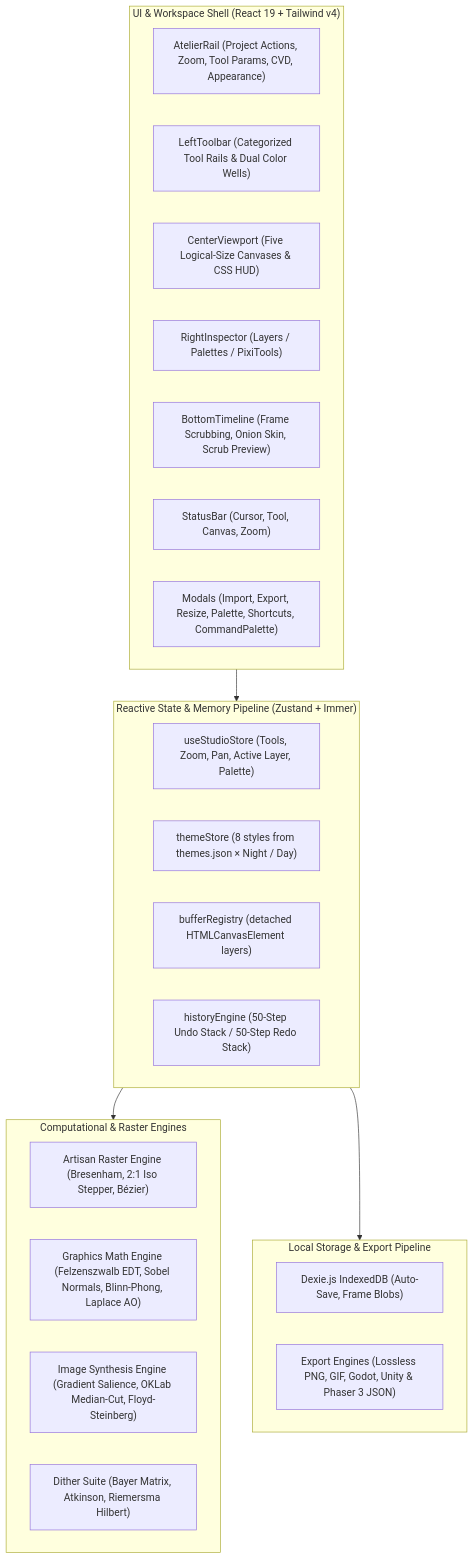
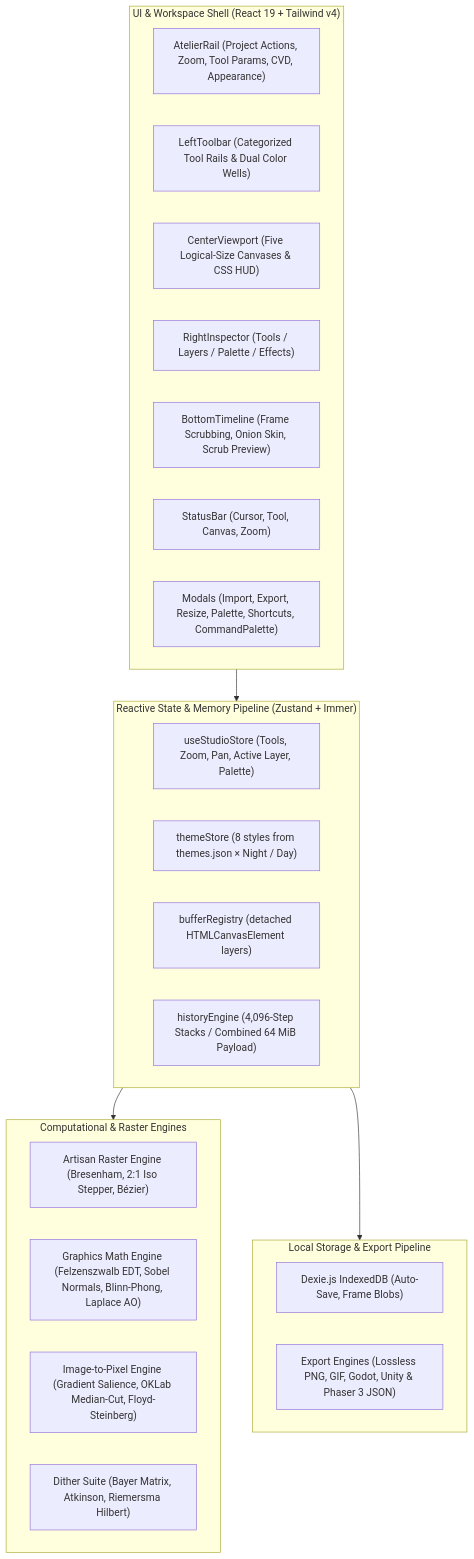
One commit to lxcario/PixiBun changed the first of 6 diagrams in ARCHITECTURE.md. Above: the diagram before and after it, drawn with Mermaid. The commit also changed other lines of this file and 131 other files, not shown here.

````diff
--- a/ARCHITECTURE.md
+++ b/ARCHITECTURE.md
@@ -117,35 +133,35 @@
 ```mermaid
 graph TD
     subgraph UI_Layer [" UI & Workspace Shell (React 19 + Tailwind v4)"]
         AtelierRail["AtelierRail (Project Actions, Zoom, Tool Params, CVD, Appearance)"]
         LeftRail["LeftToolbar (Categorized Tool Rails & Dual Color Wells)"]
         ViewportShell["CenterViewport (Five Logical-Size Canvases & CSS HUD)"]
-        RightStudio["RightInspector (Layers / Palettes / PixiTools)"]
+        RightStudio["RightInspector (Tools / Layers / Palette / Effects)"]
         TimelineDock["BottomTimeline (Frame Scrubbing, Onion Skin, Scrub Preview)"]
         StatusBar["StatusBar (Cursor, Tool, Canvas, Zoom)"]
         Modals["Modals (Import, Export, Resize, Palette, Shortcuts, CommandPalette)"]
     end
 
     subgraph State_Layer [" Reactive State & Memory Pipeline (Zustand + Immer)"]
         Store["useStudioStore (Tools, Zoom, Pan, Active Layer, Palette)"]
         Theme["themeStore (8 styles from themes.json × Night / Day)"]
         BufferReg["bufferRegistry (detached HTMLCanvasElement layers)"]
-        UndoRedo["historyEngine (50-Step Undo Stack / 50-Step Redo Stack)"]
+        UndoRedo["historyEngine (4,096-Step Stacks / Combined 64 MiB Payload)"]
     end
 
     subgraph Core_Engines ["Computational & Raster Engines"]
         RasterCore["Artisan Raster Engine (Bresenham, 2:1 Iso Stepper, Bézier)"]
         MathCore["Graphics Math Engine (Felzenszwalb EDT, Sobel Normals, Blinn-Phong, Laplace AO)"]
-        PixelizeCore["Image Synthesis Engine (Gradient Salience, OKLab Median-Cut, Floyd-Steinberg)"]
+        PixelizeCore["Image-to-Pixel Engine (Gradient Salience, OKLab Median-Cut, Floyd-Steinberg)"]
         DitherCore["Dither Suite (Bayer Matrix, Atkinson, Riemersma Hilbert)"]
     end
 
     subgraph Storage_Layer [" Local Storage & Export Pipeline"]
         DexieDB["Dexie.js IndexedDB (Auto-Save, Frame Blobs)"]
         Exporter["Export Engines (Lossless PNG, GIF, Godot, Unity & Phaser 3 JSON)"]
     end
 
     UI_Layer --> State_Layer
     State_Layer --> Core_Engines
     State_Layer --> Storage_Layer
 ```
````
